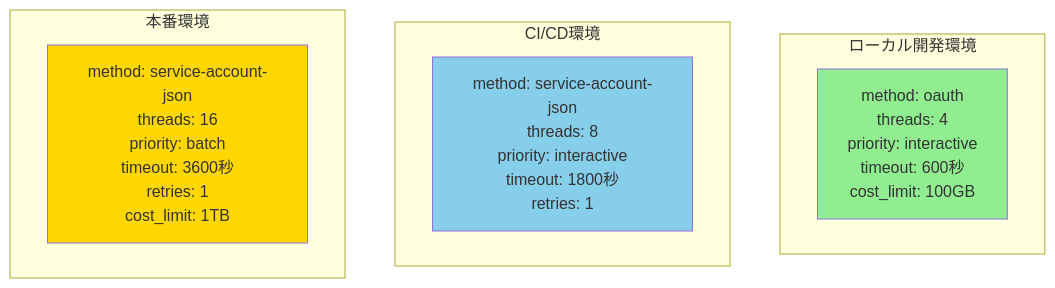
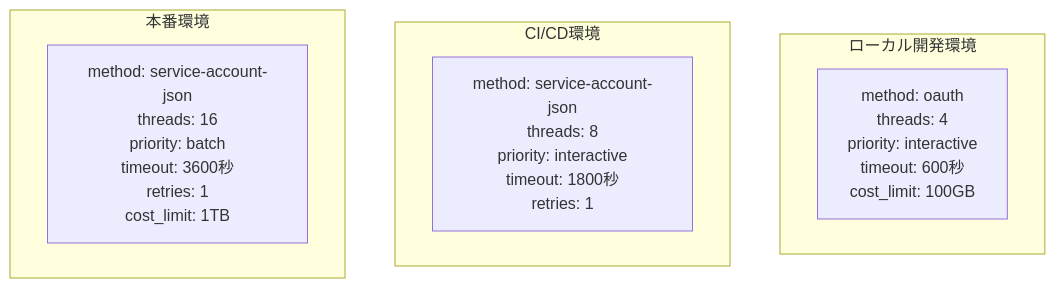
One commit to 1210yuichi0/1210yuichi0.github.io changed the fifth of 8 diagrams in content/Tech/dbt/categories/bigquery-connection.md. Above: the diagram before and after it, drawn with Mermaid. The commit also changed other lines of this file and 22 other files, not shown here.

First line of the commit message:
style: remove Mermaid style directives for dark mode compatibility

````diff
--- a/content/Tech/dbt/categories/bigquery-connection.md
+++ b/content/Tech/dbt/categories/bigquery-connection.md
@@ -1104,18 +1094,15 @@
 ```mermaid
 flowchart TB
     subgraph "ローカル開発環境"
         DevConfig["method: oauth<br/>threads: 4<br/>priority: interactive<br/>timeout: 600秒<br/>cost_limit: 100GB"]
     end
 
     subgraph "CI/CD環境"
         CIConfig["method: service-account-json<br/>threads: 8<br/>priority: interactive<br/>timeout: 1800秒<br/>retries: 1"]
     end
 
     subgraph "本番環境"
         ProdConfig["method: service-account-json<br/>threads: 16<br/>priority: batch<br/>timeout: 3600秒<br/>retries: 1<br/>cost_limit: 1TB"]
     end
 
-    style DevConfig fill:#90EE90
-    style CIConfig fill:#87CEEB
-    style ProdConfig fill:#FFD700
 ```
````
